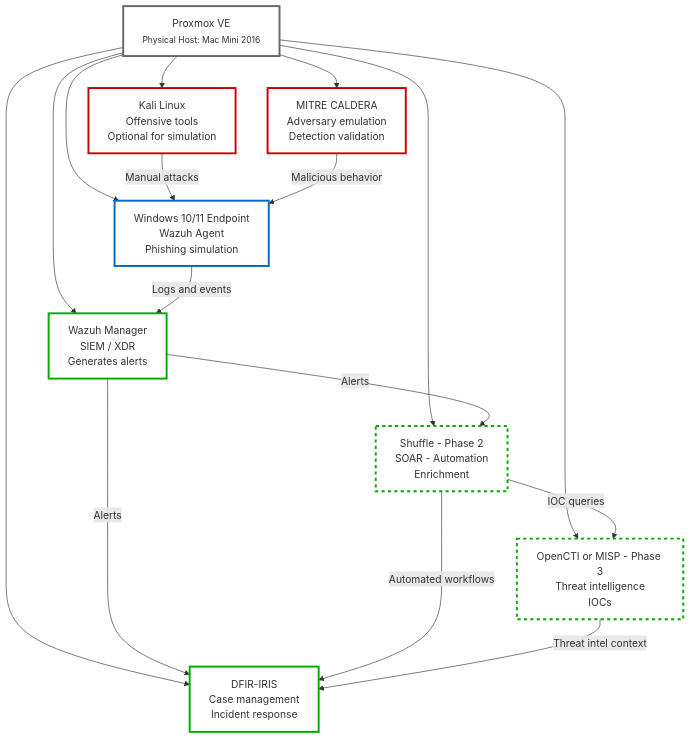
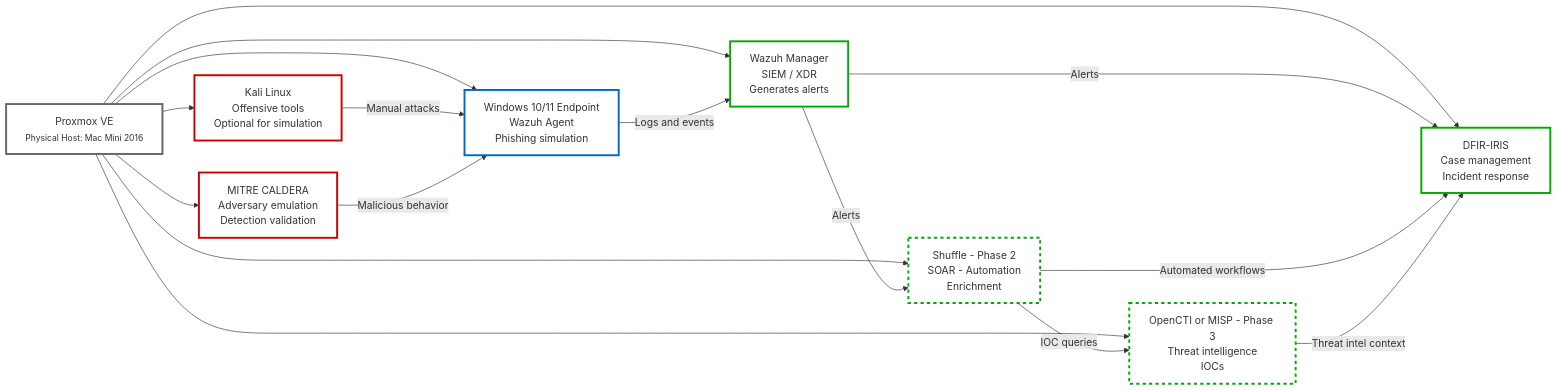
One commit to moabdib2000/hybrid-soc-lab changed the diagram in README.md. Above: the diagram before and after it, drawn with Mermaid.

Commit message:
Change graph direction from TD to LR in README

````diff
--- a/README.md
+++ b/README.md
@@ -17,39 +17,39 @@
 ```mermaid
-graph TD
+graph LR
     P[Proxmox VE<br/><small>Physical Host: Mac Mini 2016</small>]
 
     W["Windows 10/11 Endpoint<br>Wazuh Agent<br>Phishing simulation"]
     K["Kali Linux<br>Offensive tools<br>Optional for simulation"]
     C["MITRE CALDERA<br>Adversary emulation<br>Detection validation"]
     WAZ["Wazuh Manager<br>SIEM / XDR<br>Generates alerts"]
     IRIS["DFIR-IRIS<br>Case management<br>Incident response"]
     SH["Shuffle - Phase 2<br>SOAR - Automation<br>Enrichment"]
     TI["OpenCTI or MISP - Phase 3<br>Threat intelligence<br>IOCs"]
 
     P --> W
     P --> K
     P --> C
     P --> WAZ
     P --> IRIS
     P --> SH
     P --> TI
 
     W -->|Logs and events| WAZ
     K -->|Manual attacks| W
     C -->|Malicious behavior| W
     WAZ -->|Alerts| IRIS
     WAZ -->|Alerts| SH
     SH -->|Automated workflows| IRIS
     SH -->|IOC queries| TI
     TI -->|Threat intel context| IRIS
 
     style P stroke:#666,stroke-width:3px,fill:none
     style W stroke:#0066cc,stroke-width:3px,fill:none
     style K stroke:#cc0000,stroke-width:3px,fill:none
     style C stroke:#cc0000,stroke-width:3px,fill:none
     style WAZ stroke:#00aa00,stroke-width:3px,fill:none
     style IRIS stroke:#00aa00,stroke-width:3px,fill:none
     style SH stroke:#00aa00,stroke-width:3px,stroke-dasharray: 5 5,fill:none
     style TI stroke:#00aa00,stroke-width:3px,stroke-dasharray: 5 5,fill:none
 
 ```
````
